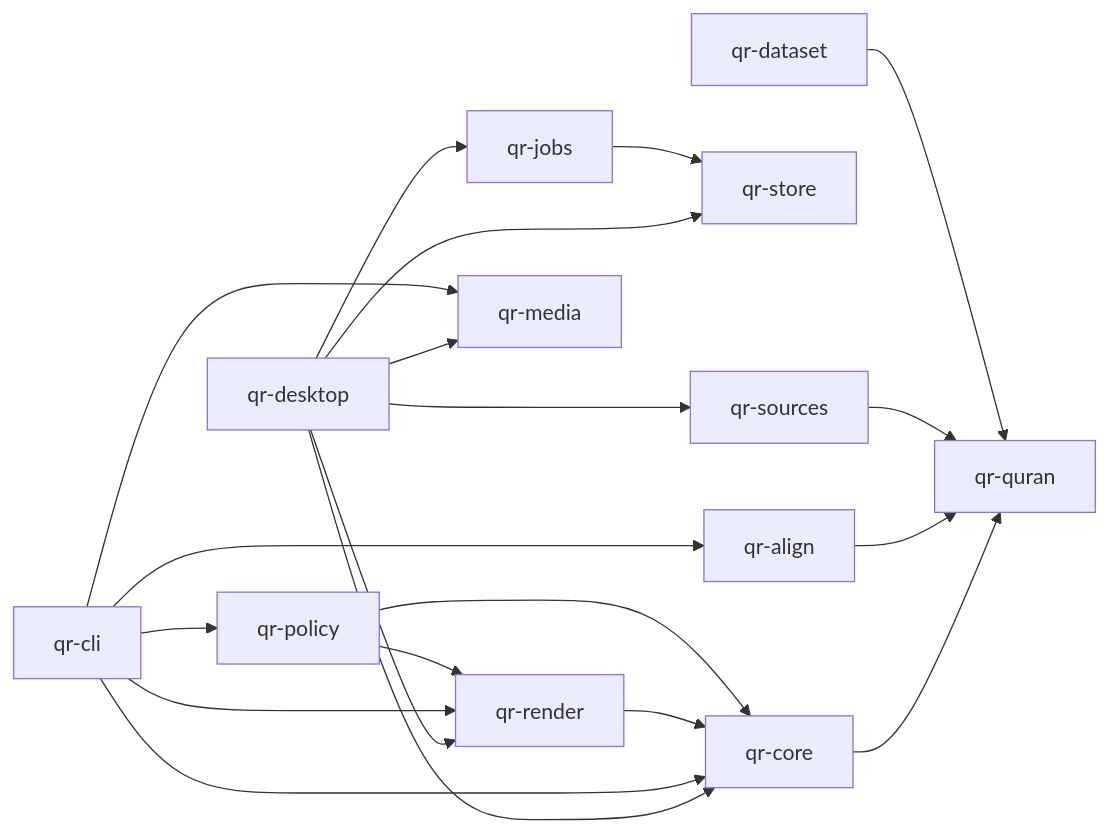
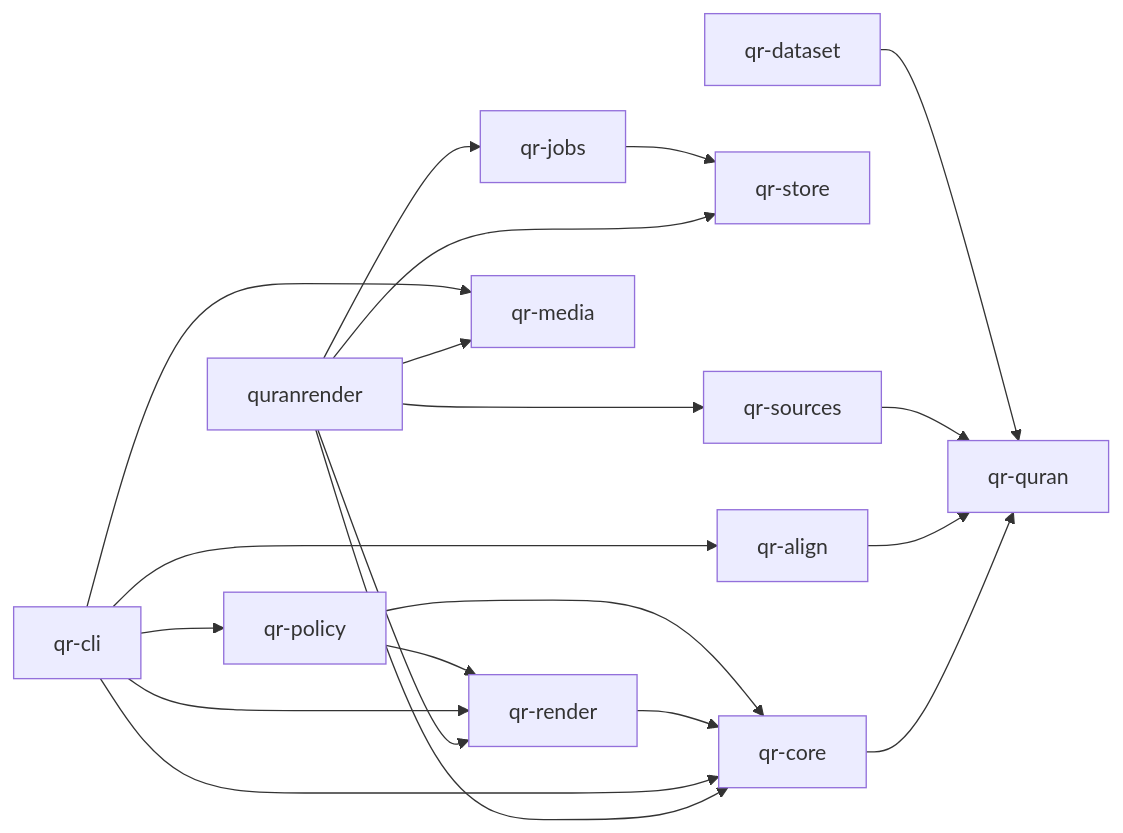
One commit to abiiayyas/QuranRender changed the first of 4 diagrams in docs/engineering/01_TECHNICAL_HANDOFF.md. Above: the diagram before and after it, drawn with Mermaid. The commit also changed other lines of this file and 15 other files, not shown here.

````diff
--- a/docs/engineering/01_TECHNICAL_HANDOFF.md
+++ b/docs/engineering/01_TECHNICAL_HANDOFF.md
@@ -111,22 +111,22 @@
 ```mermaid
 flowchart LR
-  desktop[qr-desktop] --> core[qr-core]
+  desktop[quranrender] --> core[qr-core]
   desktop --> jobs[qr-jobs]
   desktop --> store[qr-store]
   desktop --> render[qr-render]
   desktop --> media[qr-media]
   desktop --> sources[qr-sources]
   cli[qr-cli] --> core
   cli --> render
   cli --> media
   cli --> align[qr-align]
   cli --> policy[qr-policy]
   jobs --> store
   core --> quran[qr-quran]
   render --> core
   policy --> core
   policy --> render
   align --> quran
   sources --> quran
   dataset[qr-dataset] --> quran
 ```
````
